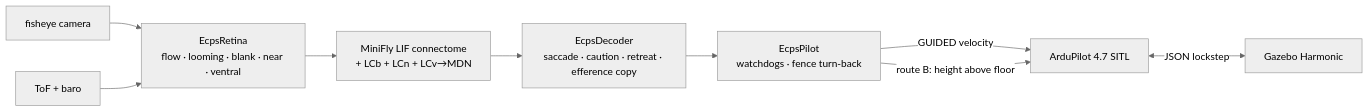
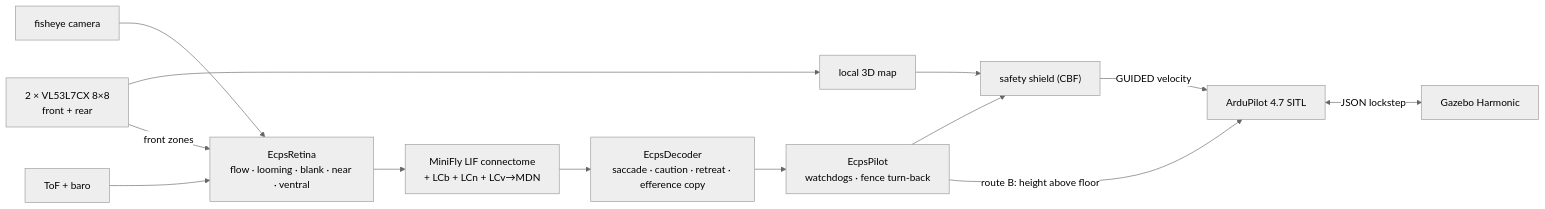
One commit to jiewent1-cmyk/FlyDrones changed the diagram in ecps295/README.md. Above: the diagram before and after it, drawn with Mermaid (neutral theme). The commit also changed other lines of this file and 5 other files, not shown here.

First line of the commit message:
ecps295 docs: final hardware (front + rear VL53L7CX 8x8, local 3D map, safety shield)

````diff
--- a/ecps295/README.md
+++ b/ecps295/README.md
@@ -25,11 +42,15 @@
 ```mermaid
 flowchart LR
   CAM["fisheye camera"] --> RET["EcpsRetina<br/>flow · looming · blank · near · ventral"]
   TOF["ToF + baro"] --> RET
+  R8["2 × VL53L7CX 8×8<br/>front + rear"] --> MAP["local 3D map"]
+  R8 -->|front zones| RET
+  MAP --> SH["safety shield (CBF)"]
   RET --> MF["MiniFly LIF connectome<br/>+ LCb + LCn + LCv→MDN"]
   MF --> DEC["EcpsDecoder<br/>saccade · caution · retreat · efference copy"]
   DEC --> PIL["EcpsPilot<br/>watchdogs · fence turn-back"]
-  PIL -->|GUIDED velocity| AP["ArduPilot 4.7 SITL"]
+  PIL --> SH
+  SH -->|GUIDED velocity| AP["ArduPilot 4.7 SITL"]
   PIL -->|route B: height above floor| AP
   AP <-->|JSON lockstep| GZ["Gazebo Harmonic"]
 ```
````
